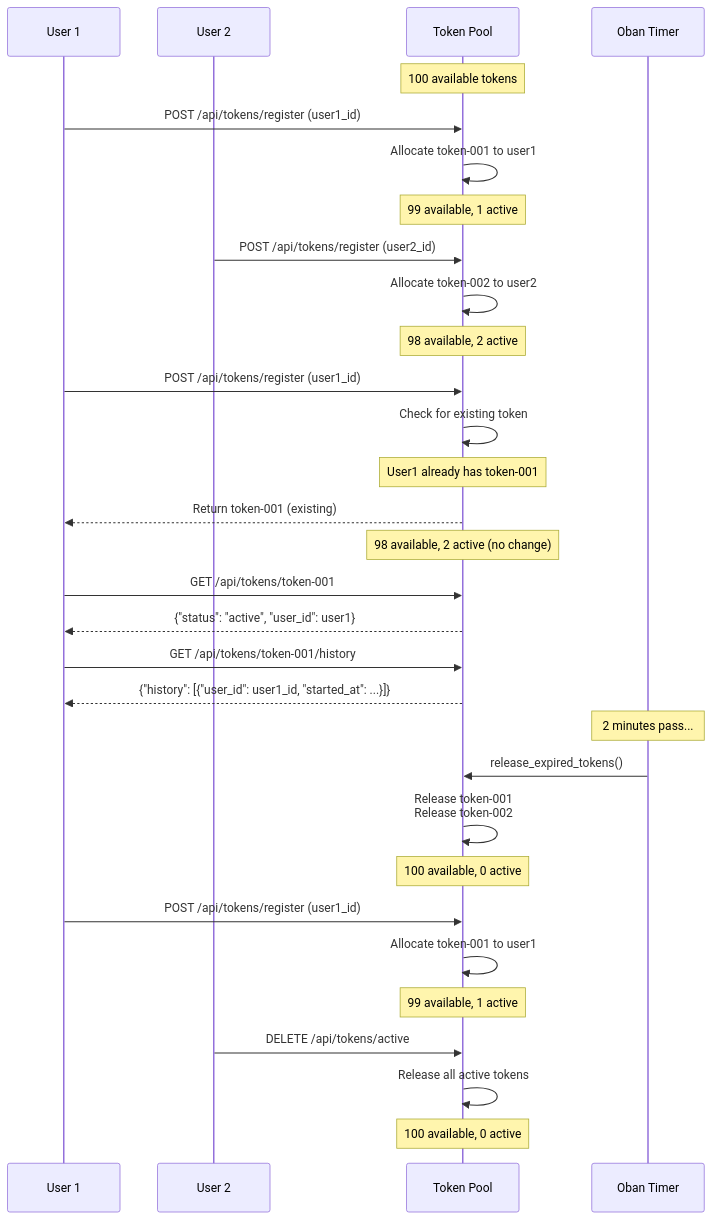
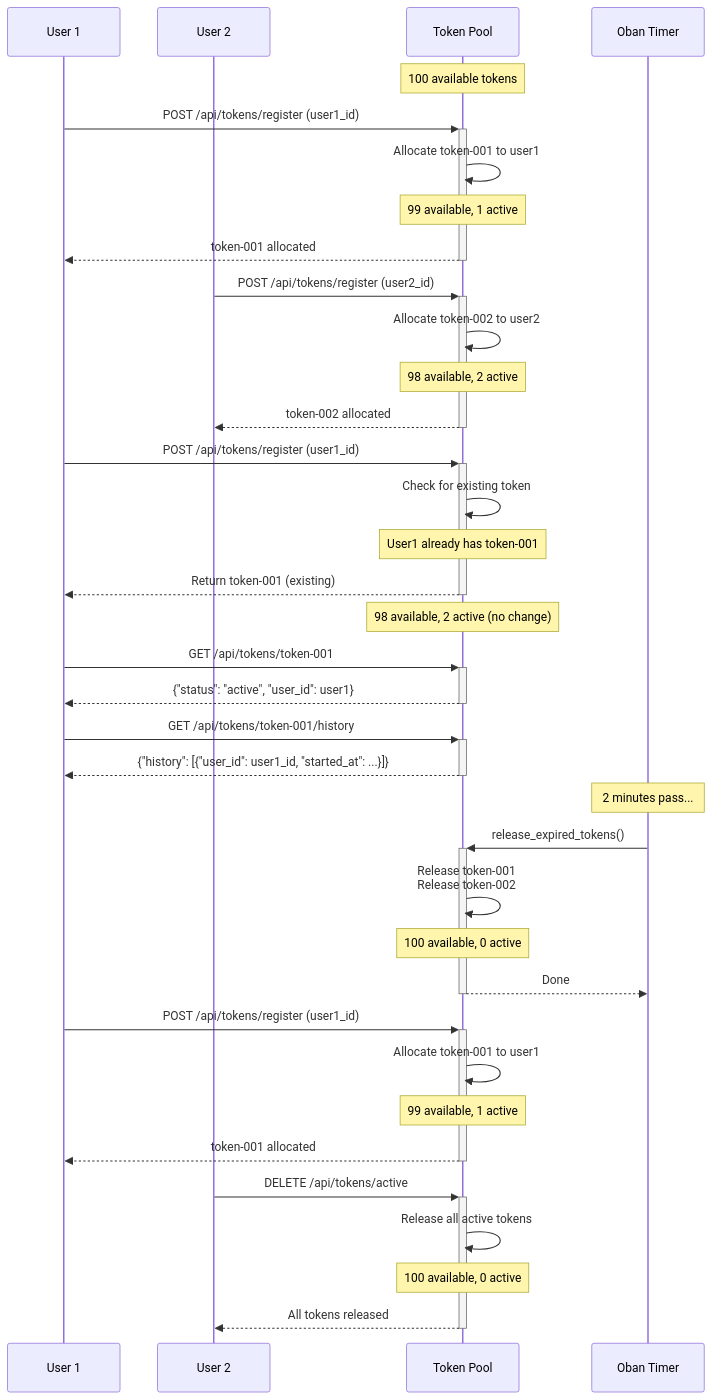
The sixth of 6 diagrams in README.md (helderbarboza/token_guard), drawn with Mermaid before and after one commit. The commit also changed other lines of this file, not shown here.

Commit message:
docs: fix diagrams

````diff
--- a/README.md
+++ b/README.md
@@ -546,43 +555,48 @@
 ```mermaid
 sequenceDiagram
     participant User1 as User 1
     participant User2 as User 2
     participant Pool as Token Pool
     participant Timer as Oban Timer
 
     Note over Pool: 100 available tokens
 
-    User1->>Pool: POST /api/tokens/register (user1_id)
+    User1->>+Pool: POST /api/tokens/register (user1_id)
     Pool->>Pool: Allocate token-001 to user1
     Note over Pool: 99 available, 1 active
+    Pool-->>-User1: token-001 allocated
 
-    User2->>Pool: POST /api/tokens/register (user2_id)
+    User2->>+Pool: POST /api/tokens/register (user2_id)
     Pool->>Pool: Allocate token-002 to user2
     Note over Pool: 98 available, 2 active
+    Pool-->>-User2: token-002 allocated
 
-    User1->>Pool: POST /api/tokens/register (user1_id)
+    User1->>+Pool: POST /api/tokens/register (user1_id)
     Pool->>Pool: Check for existing token
     Note over Pool: User1 already has token-001
-    Pool-->>User1: Return token-001 (existing)
+    Pool-->>-User1: Return token-001 (existing)
     Note over Pool: 98 available, 2 active (no change)
 
-    User1->>Pool: GET /api/tokens/token-001
-    Pool-->>User1: {"status": "active", "user_id": user1}
+    User1->>+Pool: GET /api/tokens/token-001
+    Pool-->>-User1: {"status": "active", "user_id": user1}
 
-    User1->>Pool: GET /api/tokens/token-001/history
-    Pool-->>User1: {"history": [{"user_id": user1_id, "started_at": ...}]}
+    User1->>+Pool: GET /api/tokens/token-001/history
+    Pool-->>-User1: {"history": [{"user_id": user1_id, "started_at": ...}]}
 
     Note over Timer: 2 minutes pass...
 
-    Timer->>Pool: release_expired_tokens()
+    Timer->>+Pool: release_expired_tokens()
     Pool->>Pool: Release token-001<br/>Release token-002
     Note over Pool: 100 available, 0 active
+    Pool-->>-Timer: Done
 
-    User1->>Pool: POST /api/tokens/register (user1_id)
+    User1->>+Pool: POST /api/tokens/register (user1_id)
     Pool->>Pool: Allocate token-001 to user1
     Note over Pool: 99 available, 1 active
+    Pool-->>-User1: token-001 allocated
 
-    User2->>Pool: DELETE /api/tokens/active
+    User2->>+Pool: DELETE /api/tokens/active
     Pool->>Pool: Release all active tokens
     Note over Pool: 100 available, 0 active
+    Pool-->>-User2: All tokens released
 ```
````
